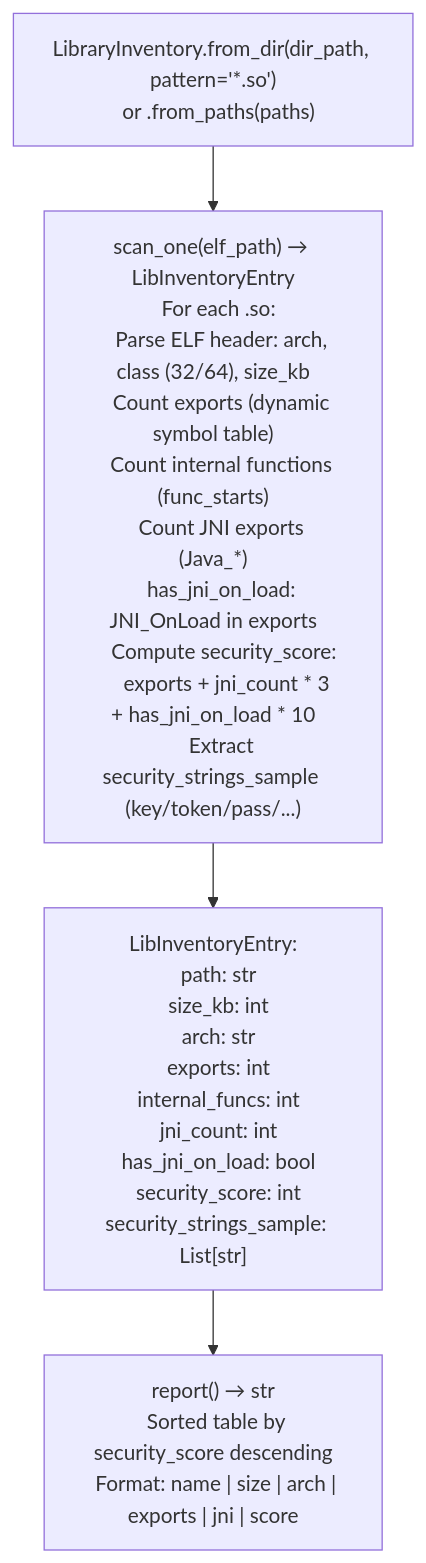
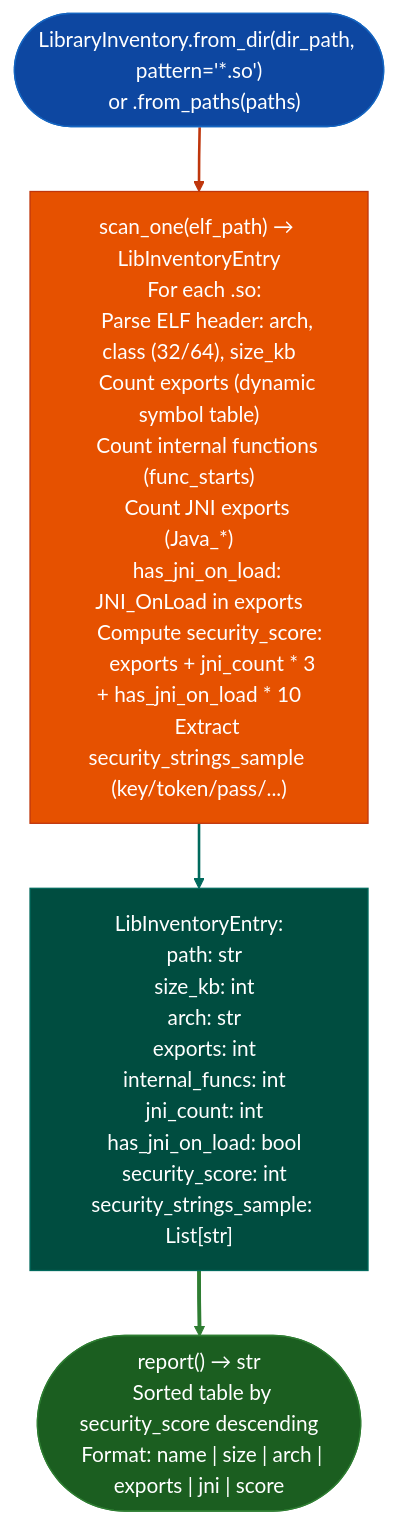
One commit to Ablation-Tool/ablation changed the diagram in docs/reference-modules/native-library-inventory.md. Above: the diagram before and after it, drawn with Mermaid. The commit also changed 320 other files, not shown here.

First line of the commit message:
docs: apply canonical Mermaid template to all 321 diagrams

````diff
--- a/docs/reference-modules/native-library-inventory.md
+++ b/docs/reference-modules/native-library-inventory.md
@@ -19,6 +19,15 @@
 ```mermaid
 flowchart TD
-    A["LibraryInventory.from_dir(dir_path, pattern='*.so')\n  or .from_paths(paths)"] --> B["scan_one(elf_path) → LibInventoryEntry\n  For each .so:\n    Parse ELF header: arch, class (32/64), size_kb\n    Count exports (dynamic symbol table)\n    Count internal functions (func_starts)\n    Count JNI exports (Java_*)\n    has_jni_on_load: JNI_OnLoad in exports\n    Compute security_score:\n      exports + jni_count * 3 + has_jni_on_load * 10\n    Extract security_strings_sample (key/token/pass/...)"]
-    B --> C["LibInventoryEntry:\n  path: str\n  size_kb: int\n  arch: str\n  exports: int\n  internal_funcs: int\n  jni_count: int\n  has_jni_on_load: bool\n  security_score: int\n  security_strings_sample: List[str]"]
-    C --> D["report() → str\n  Sorted table by security_score descending\n  Format: name | size | arch | exports | jni | score"]
+    A(["LibraryInventory.from_dir(dir_path, pattern='*.so')\n  or .from_paths(paths)"]):::input --> B["scan_one(elf_path) → LibInventoryEntry\n  For each .so:\n    Parse ELF header: arch, class (32/64), size_kb\n    Count exports (dynamic symbol table)\n    Count internal functions (func_starts)\n    Count JNI exports (Java_*)\n    has_jni_on_load: JNI_OnLoad in exports\n    Compute security_score:\n      exports + jni_count * 3 + has_jni_on_load * 10\n    Extract security_strings_sample (key/token/pass/...)"]:::primary
+    B:::primary --> C["LibInventoryEntry:\n  path: str\n  size_kb: int\n  arch: str\n  exports: int\n  internal_funcs: int\n  jni_count: int\n  has_jni_on_load: bool\n  security_score: int\n  security_strings_sample: List[str]"]:::secondary
+    C:::secondary --> D(["report() → str\n  Sorted table by security_score descending\n  Format: name | size | arch | exports | jni | score"]):::output
+    classDef input     fill:#0d47a1,stroke:#1565c0,color:#fff
+    classDef primary   fill:#e65100,stroke:#bf360c,color:#fff
+    classDef secondary fill:#004d40,stroke:#00695c,color:#fff
+    classDef tertiary  fill:#4a148c,stroke:#6a1b9a,color:#fff
+    classDef neutral   fill:#37474f,stroke:#546e7a,color:#fff
+    classDef output    fill:#1b5e20,stroke:#2e7d32,color:#fff
+    linkStyle 0 stroke:#bf360c,stroke-width:2px
+    linkStyle 1 stroke:#00695c,stroke-width:2px
+    linkStyle 2 stroke:#2e7d32,stroke-width:3px
 ```
````
